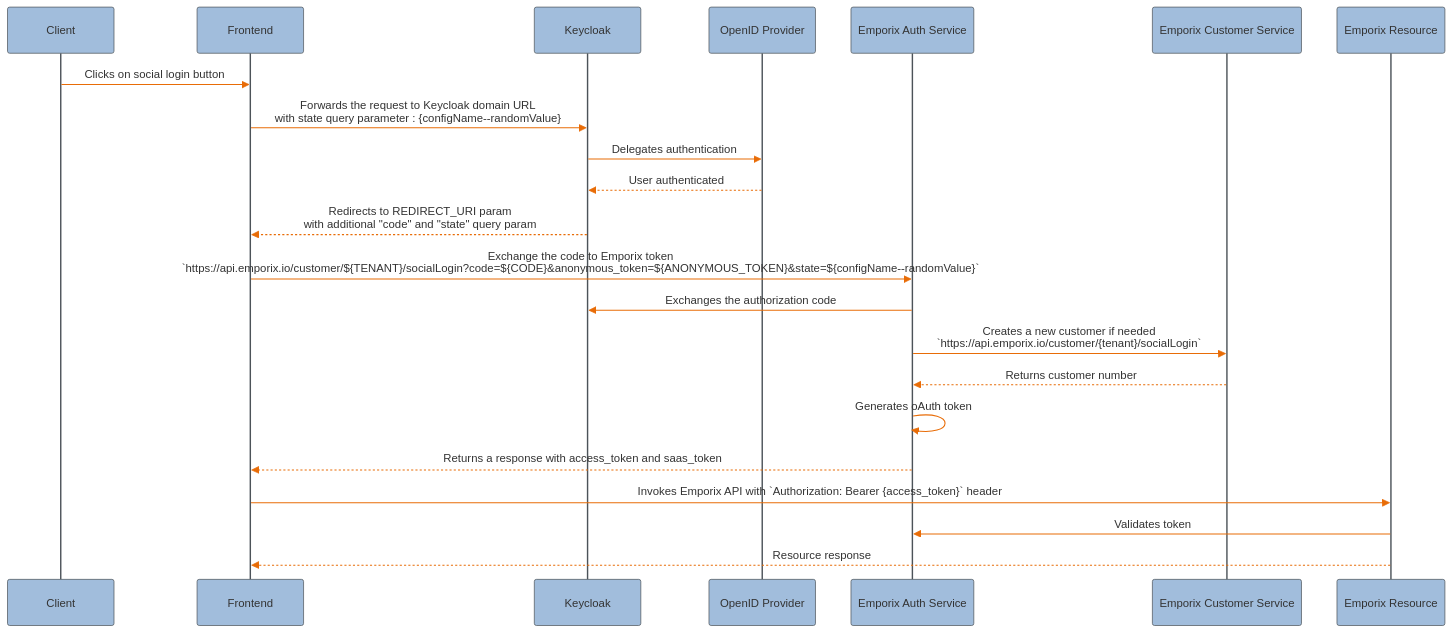
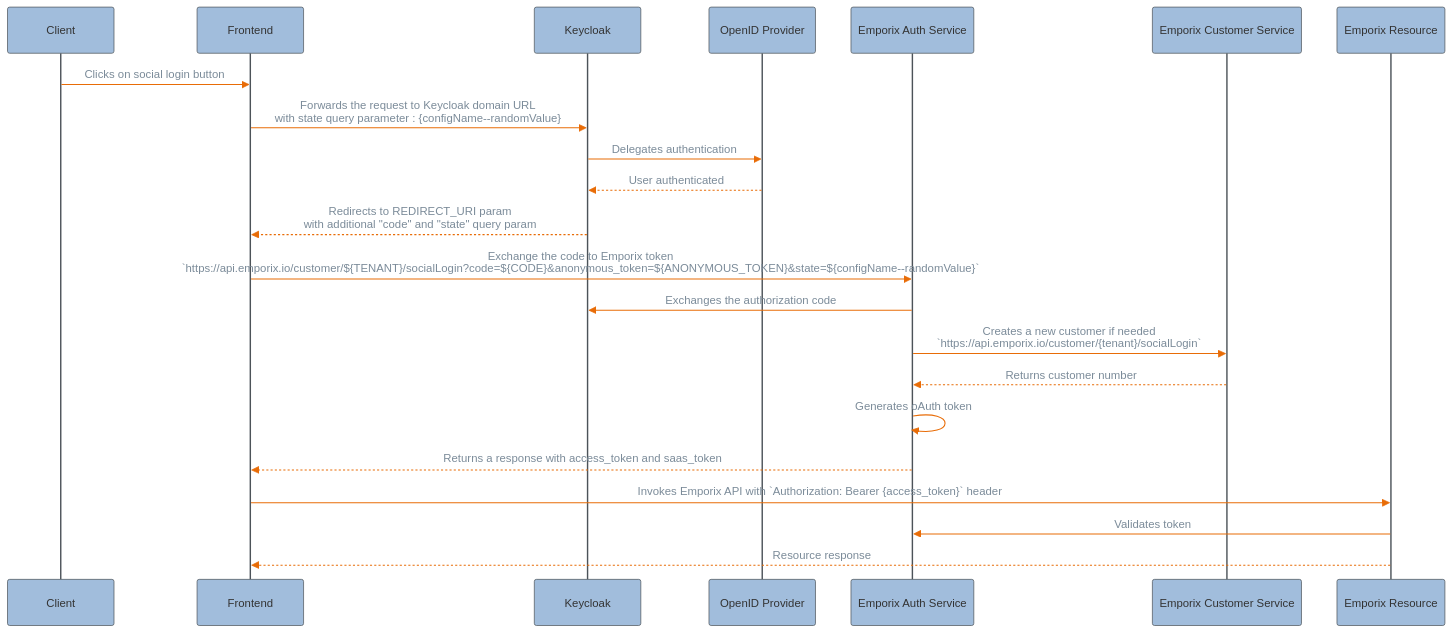
Before and after one commit to emporix/api-references: the diagram in integrations/authorization/keycloak.md, drawn with Mermaid. The commit also changed 1 other file, not shown here.

Commit message:
text color change to fit light and dark mode

````diff
--- a/integrations/authorization/keycloak.md
+++ b/integrations/authorization/keycloak.md
@@ -52,38 +52,39 @@
 ```mermaid
 ---
 config:
   layout: fixed
   theme: base
   themeVariables:
     primaryColor: '#DDE6EE'
     primaryBorderColor: '#4C5359'
     actorBkg: '#A1BDDC'
     actorBorder: '#4C5359'
     actorLineColor: '#4C5359'
     signalColor: '#E86C07'
+    signalTextColor: '#7B8B99'
     background: transparent 
 ---
 sequenceDiagram
     participant Client
     participant Frontend
     participant Keycloak
     participant OpenID Provider
     participant Emporix Auth Service
     participant Emporix Customer Service
     participant Emporix Resource
 
     Client->>Frontend: Clicks on social login button
     Frontend->>Keycloak: Forwards the request to Keycloak domain URL<br/>with state query parameter : {configName--randomValue}
     Keycloak->>OpenID Provider: Delegates authentication
     OpenID Provider-->>Keycloak: User authenticated
     Keycloak-->>Frontend: Redirects to REDIRECT_URI param<br/>with additional "code" and "state" query param
     Frontend->>Emporix Auth Service: Exchange the code to Emporix token<br/>`https://api.emporix.io/customer/${TENANT}/socialLogin?code=${CODE}&anonymous_token=${ANONYMOUS_TOKEN}&state=${configName--randomValue}`
     Emporix Auth Service->>Keycloak: Exchanges the authorization code
     Emporix Auth Service->>Emporix Customer Service: Creates a new customer if needed<br/>`https://api.emporix.io/customer/{tenant}/socialLogin`
     Emporix Customer Service-->>Emporix Auth Service: Returns customer number
     Emporix Auth Service->>Emporix Auth Service: Generates oAuth token
     Emporix Auth Service-->>Frontend: Returns a response with access_token and saas_token
     Frontend->>Emporix Resource: Invokes Emporix API with `Authorization: Bearer {access_token}` header
     Emporix Resource->>Emporix Auth Service: Validates token
     Emporix Resource-->>Frontend: Resource response
 ```
````
